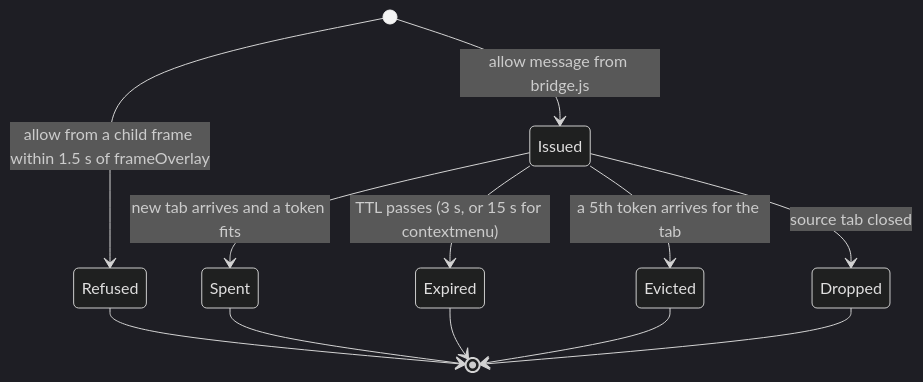
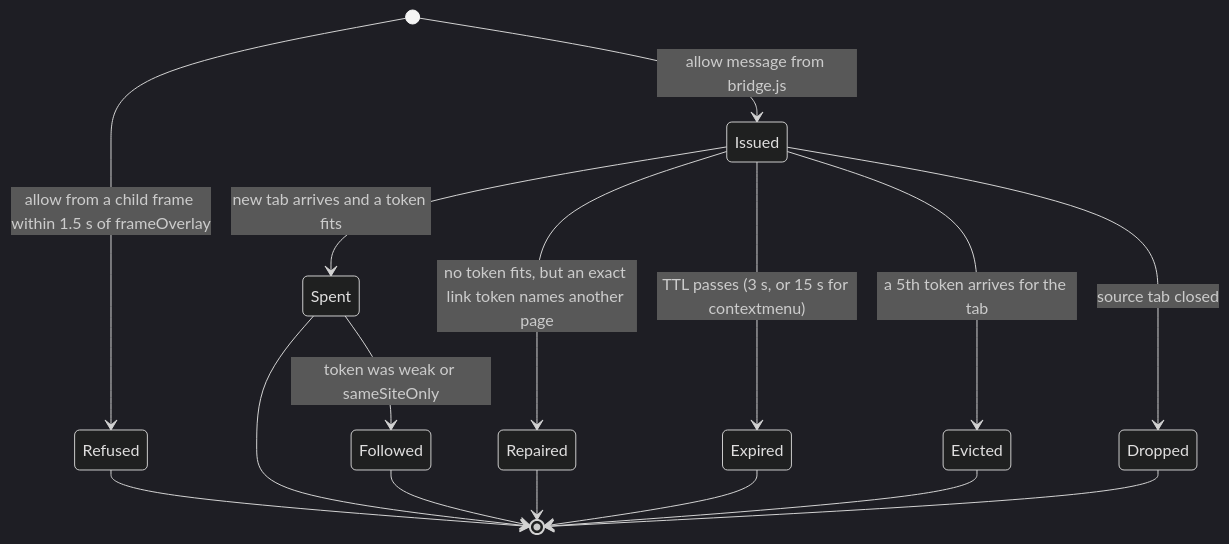
One commit to madironman/popshield changed the fourth of 4 diagrams in docs/ARCHITECTURE.md. Above: the diagram before and after it, drawn with Mermaid (dark theme). The commit also changed other lines of this file and 23 other files, not shown here.

````diff
--- a/docs/ARCHITECTURE.md
+++ b/docs/ARCHITECTURE.md
@@ -326,14 +414,18 @@
 ```mermaid
 stateDiagram-v2
     [*] --> Issued: allow message from bridge.js
     [*] --> Refused: allow from a child frame within 1.5 s of frameOverlay
     Issued --> Spent: new tab arrives and a token fits
+    Issued --> Repaired: no token fits, but an exact link token names another page
     Issued --> Expired: TTL passes (3 s, or 15 s for contextmenu)
     Issued --> Evicted: a 5th token arrives for the tab
     Issued --> Dropped: source tab closed
+    Spent --> Followed: token was weak or sameSiteOnly
     Refused --> [*]
     Spent --> [*]
+    Followed --> [*]
+    Repaired --> [*]
     Expired --> [*]
     Evicted --> [*]
     Dropped --> [*]
 ```
````
